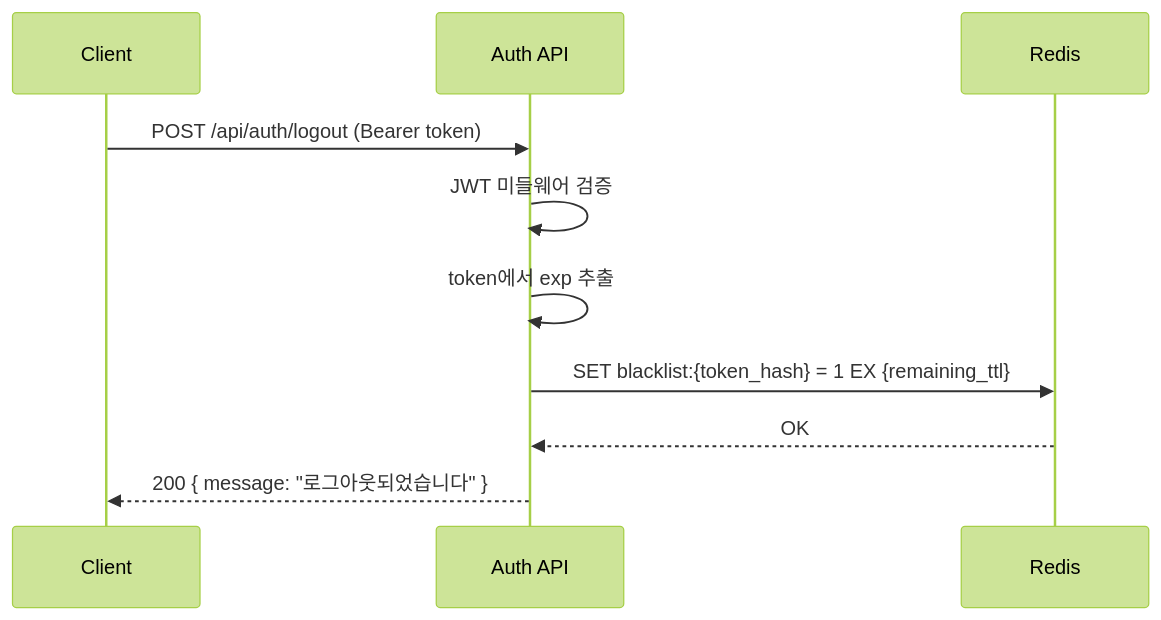
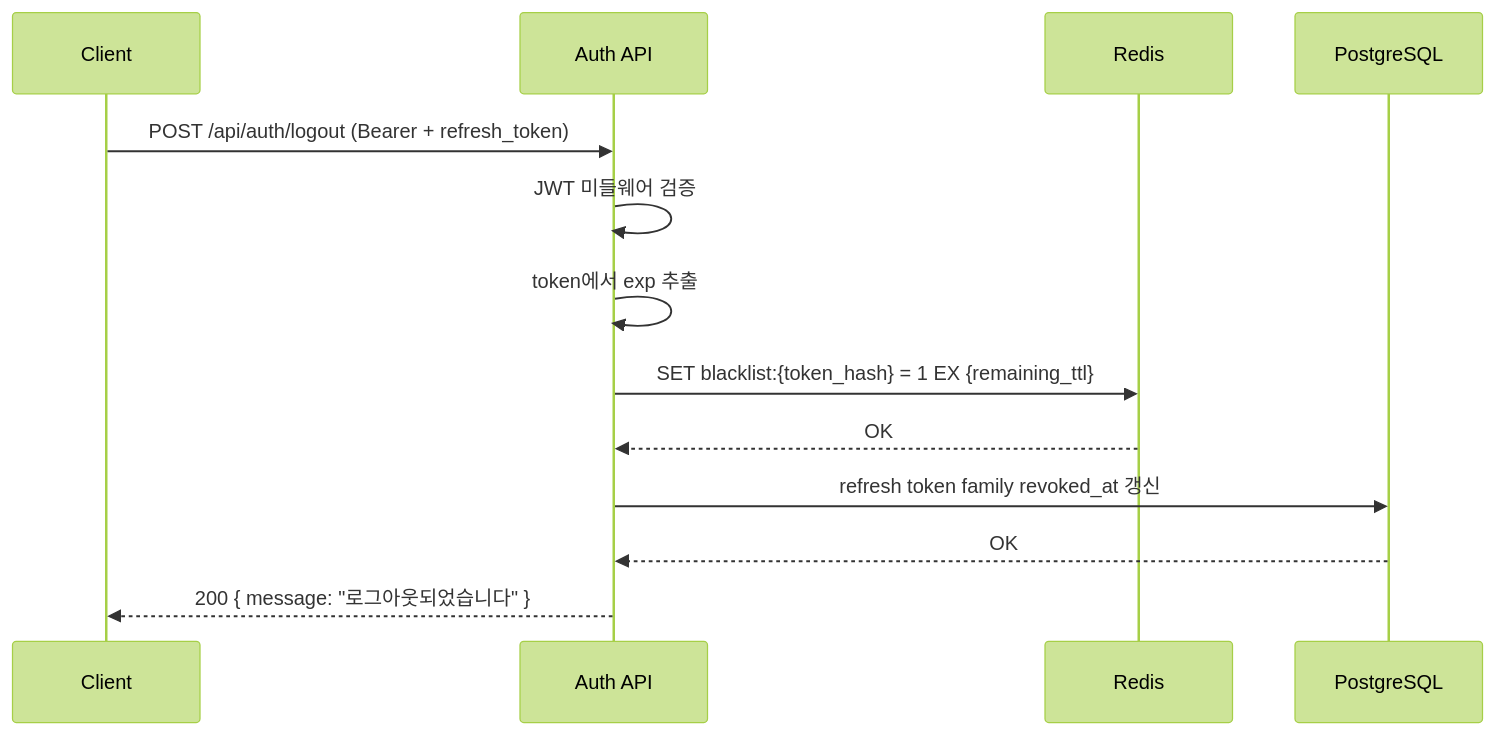
Before and after one commit to hwang-sungjo/focusLens: the second of 4 diagrams in docs/auth-flow.md, drawn with Mermaid (forest theme). The commit also changed other lines of this file and 31 other files, not shown here.

Commit message:
feat: log v2, refresh token & refactor: change  gaze/blink/head percentage

````diff
--- a/docs/auth-flow.md
+++ b/docs/auth-flow.md
@@ -220,13 +222,16 @@
 ```mermaid
 sequenceDiagram
   participant C as Client
   participant A as Auth API
   participant R as Redis
+  participant D as PostgreSQL
 
-  C->>A: POST /api/auth/logout (Bearer token)
+  C->>A: POST /api/auth/logout (Bearer + refresh_token)
   A->>A: JWT 미들웨어 검증
   A->>A: token에서 exp 추출
   A->>R: SET blacklist:{token_hash} = 1 EX {remaining_ttl}
   R-->>A: OK
+  A->>D: refresh token family revoked_at 갱신
+  D-->>A: OK
   A-->>C: 200 { message: "로그아웃되었습니다" }
 ```
````
